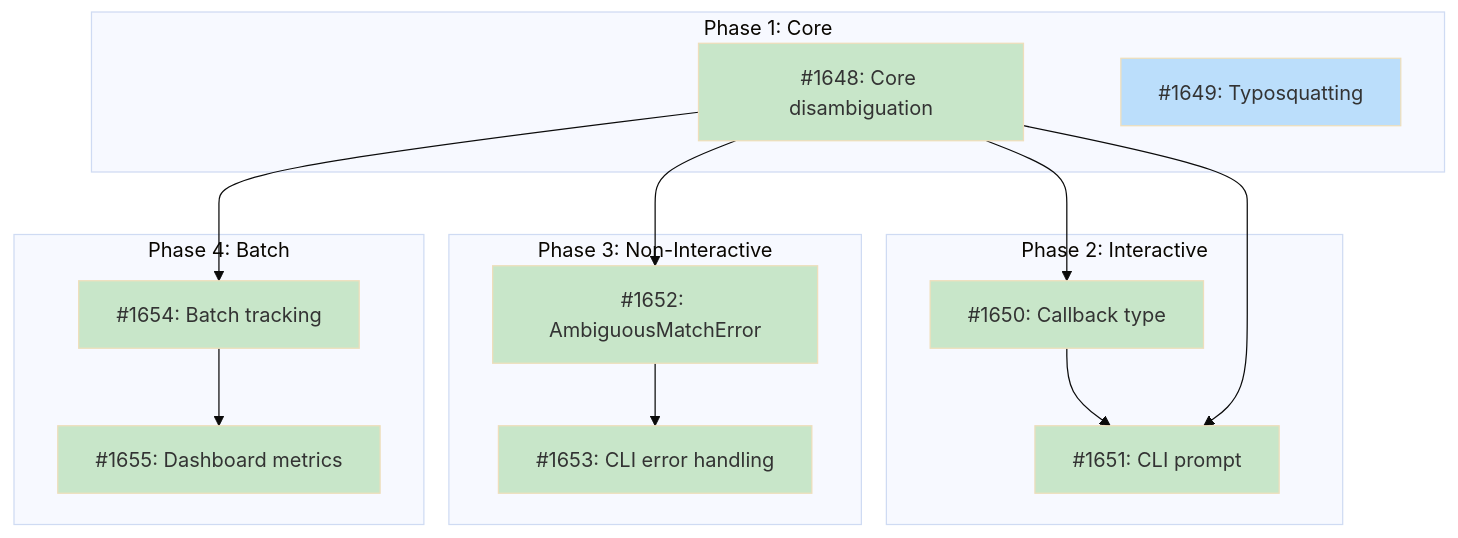
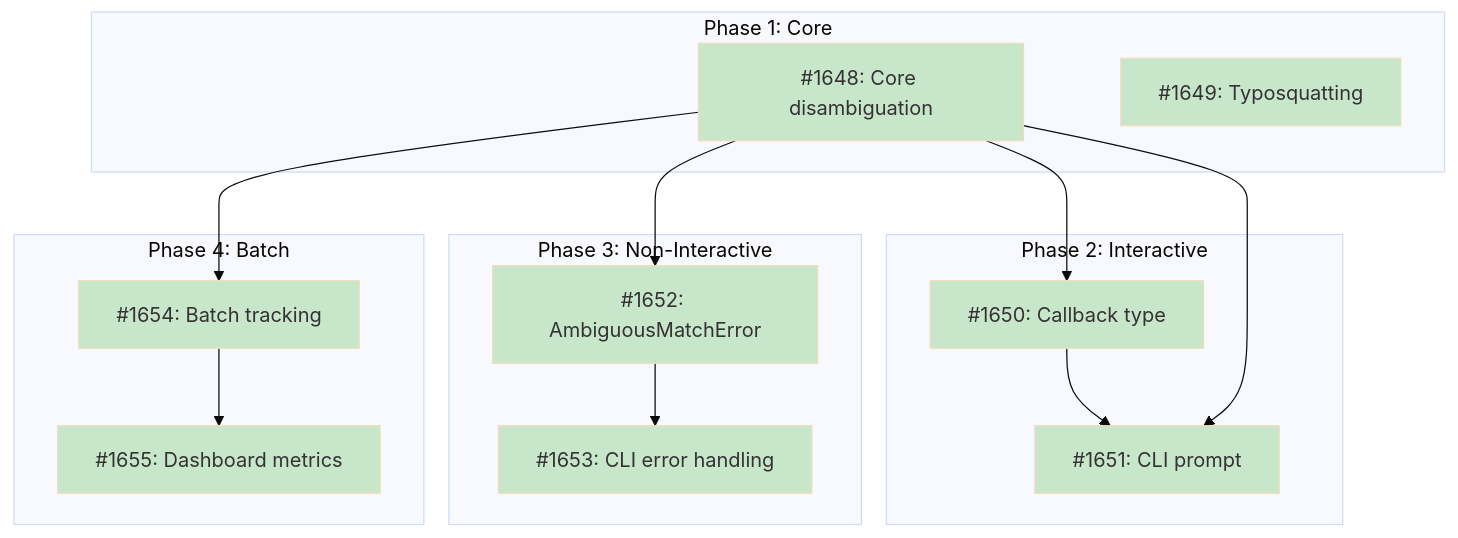
Before and after one commit to tsukumogami/tsuku: the diagram in docs/designs/DESIGN-disambiguation.md, drawn with Mermaid (base theme). The commit also changed other lines of this file and 6 other files, not shown here.

````diff
--- a/docs/designs/DESIGN-disambiguation.md
+++ b/docs/designs/DESIGN-disambiguation.md
@@ -54,38 +54,37 @@
 ```mermaid
 graph TD
     subgraph Phase1["Phase 1: Core"]
         I1648["#1648: Core disambiguation"]
         I1649["#1649: Typosquatting"]
     end
 
     subgraph Phase2["Phase 2: Interactive"]
         I1650["#1650: Callback type"]
         I1651["#1651: CLI prompt"]
     end
 
     subgraph Phase3["Phase 3: Non-Interactive"]
         I1652["#1652: AmbiguousMatchError"]
         I1653["#1653: CLI error handling"]
     end
 
     subgraph Phase4["Phase 4: Batch"]
         I1654["#1654: Batch tracking"]
         I1655["#1655: Dashboard metrics"]
     end
 
     I1648 --> I1650
     I1650 --> I1651
     I1648 --> I1651
     I1648 --> I1652
     I1652 --> I1653
     I1648 --> I1654
     I1654 --> I1655
 
     classDef done fill:#c8e6c9
     classDef ready fill:#bbdefb
     classDef blocked fill:#fff9c4
     classDef needsDesign fill:#e1bee7
 
-    class I1648,I1650,I1651,I1652,I1653,I1654,I1655 done
-    class I1649 ready
+    class I1648,I1649,I1650,I1651,I1652,I1653,I1654,I1655 done
 ```
````
